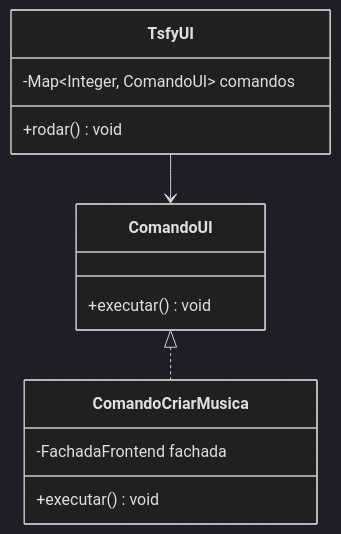
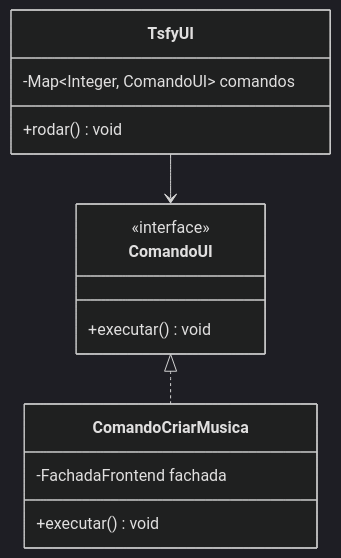
Before and after one commit to software-engineering-labs-ifrn/2026-1-Marcelo-Henrique: the fourth of 8 diagrams in docs/design-solid-correcoes.md, drawn with Mermaid (dark theme). The commit also changed other lines of this file, not shown here.

````diff
--- a/docs/design-solid-correcoes.md
+++ b/docs/design-solid-correcoes.md
@@ -137,16 +142,17 @@
 ```mermaid
 classDiagram
     class ComandoUI {
+        <<interface>>
         +executar() void
     }
     class TsfyUI {
         -Map~Integer, ComandoUI~ comandos
         +rodar() void
     }
     class ComandoCriarMusica {
         -FachadaFrontend fachada
         +executar() void
     }
     TsfyUI --> ComandoUI
     ComandoUI <|.. ComandoCriarMusica
 ```
````
